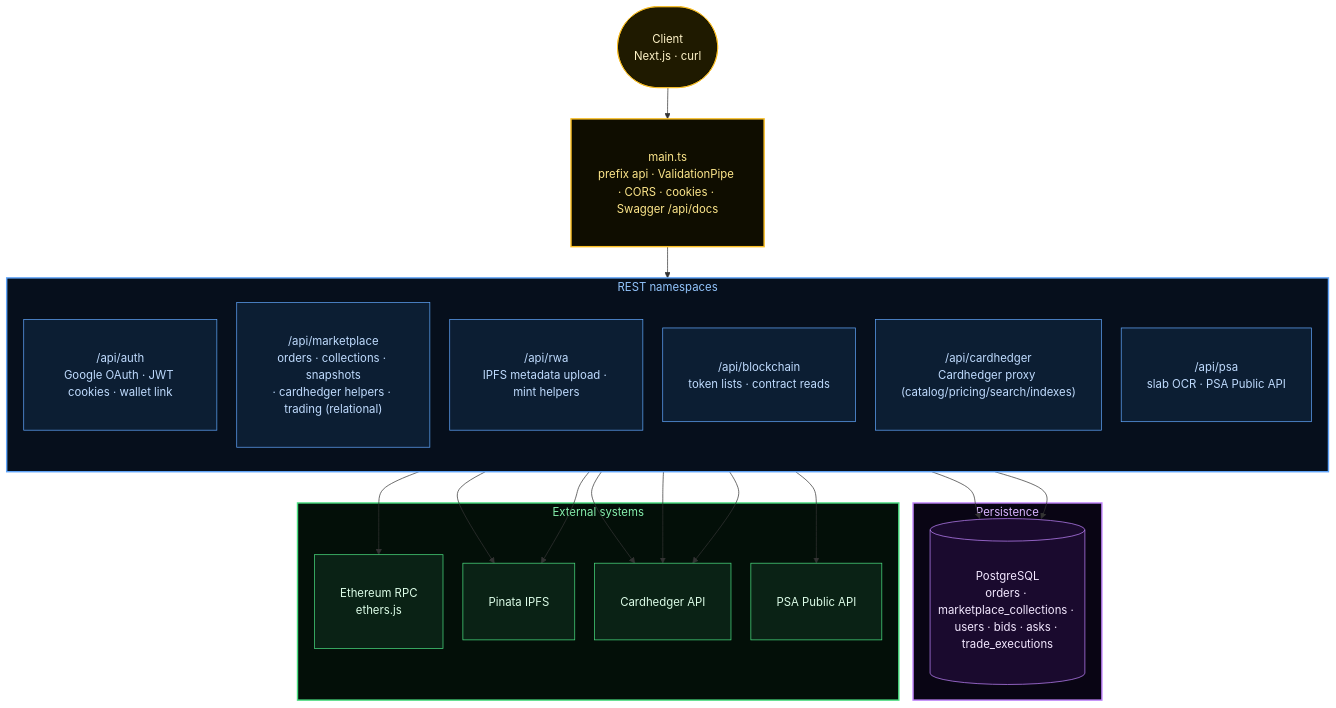
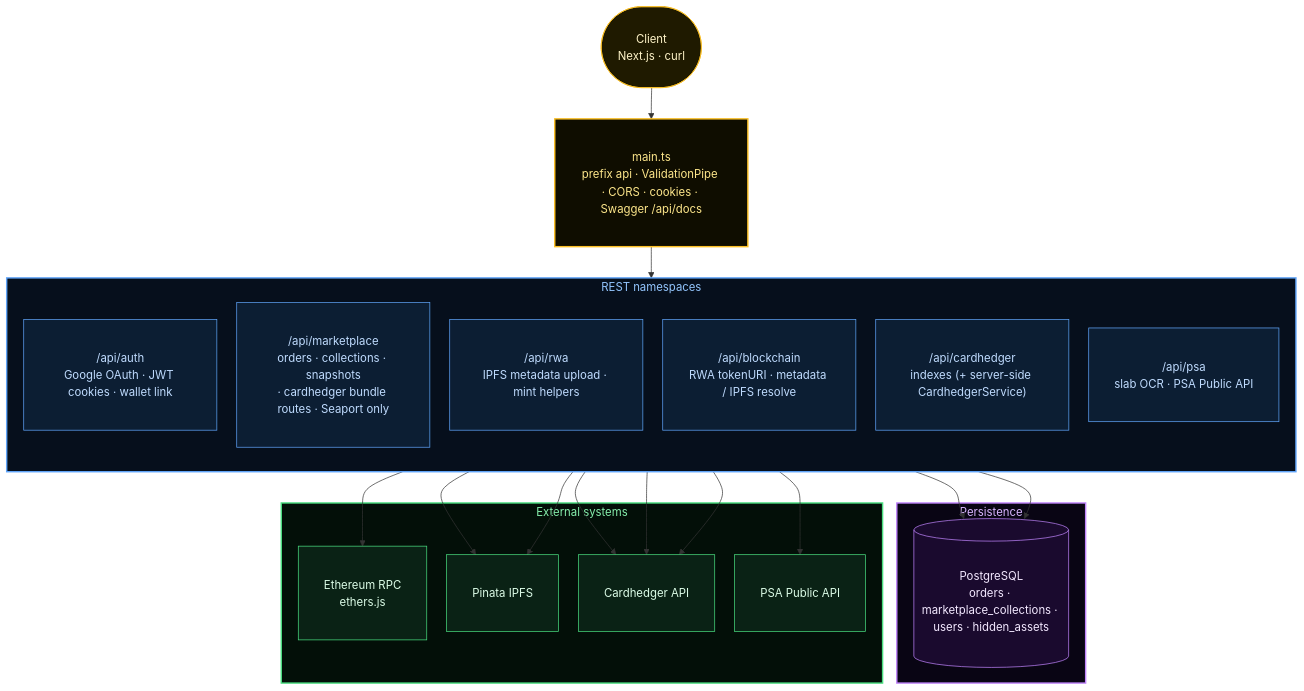
Before and after one commit to tokenable-dev/tokenable-dev: the ninth of 11 diagrams in docs/diagrams/marketplace-lifecycle.en.md, drawn with Mermaid. The commit also changed other lines of this file and 122 other files, not shown here.

````diff
--- a/docs/diagrams/marketplace-lifecycle.en.md
+++ b/docs/diagrams/marketplace-lifecycle.en.md
@@ -647,50 +647,50 @@
 ```mermaid
 %%{init: {'flowchart': {'rankSpacing': 44, 'nodeSpacing': 28, 'padding': 18}}}%%
 flowchart TD
     classDef entry fill:#1f1a00,stroke:#fbbf24,color:#fef3c7,padding:8px 14px
     classDef route fill:#0c1e33,stroke:#60a5fa,color:#bfdbfe,padding:8px 14px
     classDef data  fill:#1a0a2e,stroke:#c084fc,color:#f3e8ff,padding:8px 14px
     classDef ext   fill:#0a2215,stroke:#4ade80,color:#dcfce7,padding:8px 14px
 
     CLIENT(["Client<br/>Next.js · curl"]):::entry
 
     GATE["main.ts<br/>prefix api · ValidationPipe · CORS · cookies · Swagger /api/docs"]:::entry
 
     subgraph REST ["REST namespaces"]
         direction TB
         R_AUTH["/api/auth<br/>Google OAuth · JWT cookies · wallet link"]:::route
-        R_MKT["/api/marketplace<br/>orders · collections · snapshots<br/>· cardhedger helpers · trading (relational)"]:::route
+        R_MKT["/api/marketplace<br/>orders · collections · snapshots<br/>· cardhedger bundle routes · Seaport only"]:::route
         R_RWA["/api/rwa<br/>IPFS metadata upload · mint helpers"]:::route
-        R_BC["/api/blockchain<br/>token lists · contract reads"]:::route
-        R_CH["/api/cardhedger<br/>Cardhedger proxy (catalog/pricing/search/indexes)"]:::route
+        R_BC["/api/blockchain<br/>RWA tokenURI · metadata / IPFS resolve"]:::route
+        R_CH["/api/cardhedger<br/>indexes (+ server-side CardhedgerService)"]:::route
         R_PSA["/api/psa<br/>slab OCR · PSA Public API"]:::route
     end
 
     subgraph PERSIST ["Persistence"]
-        PG[("PostgreSQL<br/>orders · marketplace_collections · users · bids · asks · trade_executions")]:::data
+        PG[("PostgreSQL<br/>orders · marketplace_collections · users · hidden_assets")]:::data
     end
 
     subgraph OUT ["External systems"]
         ETH["Ethereum RPC<br/>ethers.js"]:::ext
         PIN["Pinata IPFS"]:::ext
         CH["Cardhedger API"]:::ext
         PSAHTTP["PSA Public API"]:::ext
     end
 
     CLIENT --> GATE
     GATE --> REST
     R_MKT --> PG
     R_MKT --> CH
     R_AUTH --> PG
     R_RWA --> PIN
     R_BC --> ETH
     R_CH --> CH
     R_PSA --> PIN
     R_PSA --> CH
     R_PSA --> PSAHTTP
 
     style GATE fill:#0f0d00,stroke:#fbbf24,stroke-width:2px,color:#fde68a
     style REST fill:#060f1c,stroke:#60a5fa,stroke-width:2px,color:#93c5fd
     style PERSIST fill:#090514,stroke:#c084fc,stroke-width:2px,color:#d8b4fe
     style OUT fill:#030f08,stroke:#4ade80,stroke-width:2px,color:#86efac
 ```
````
